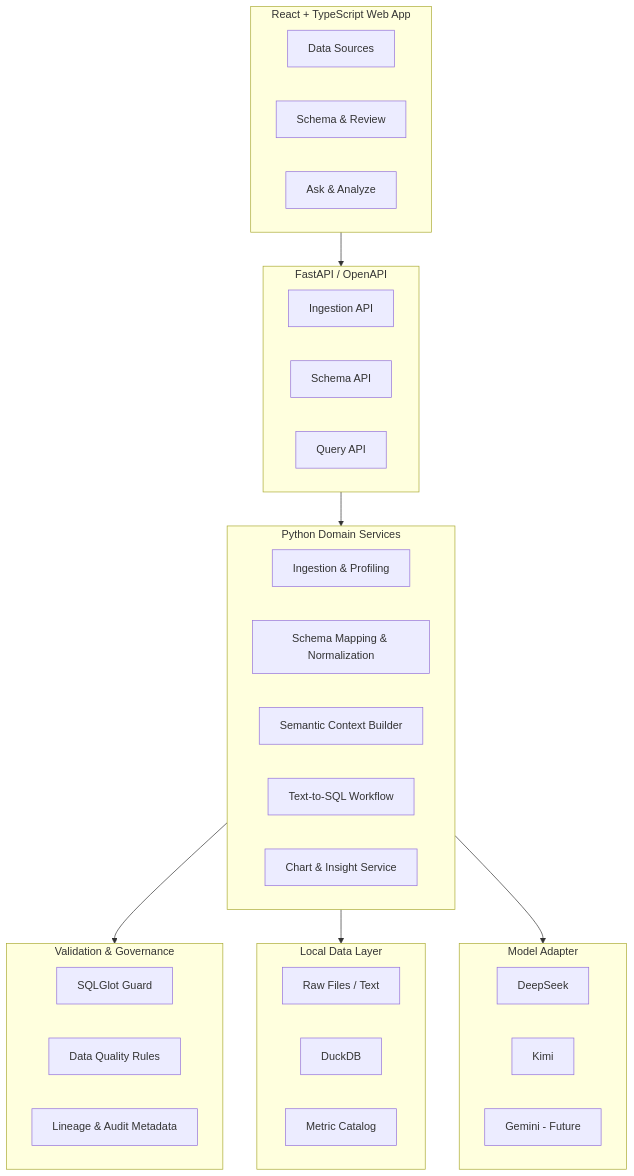
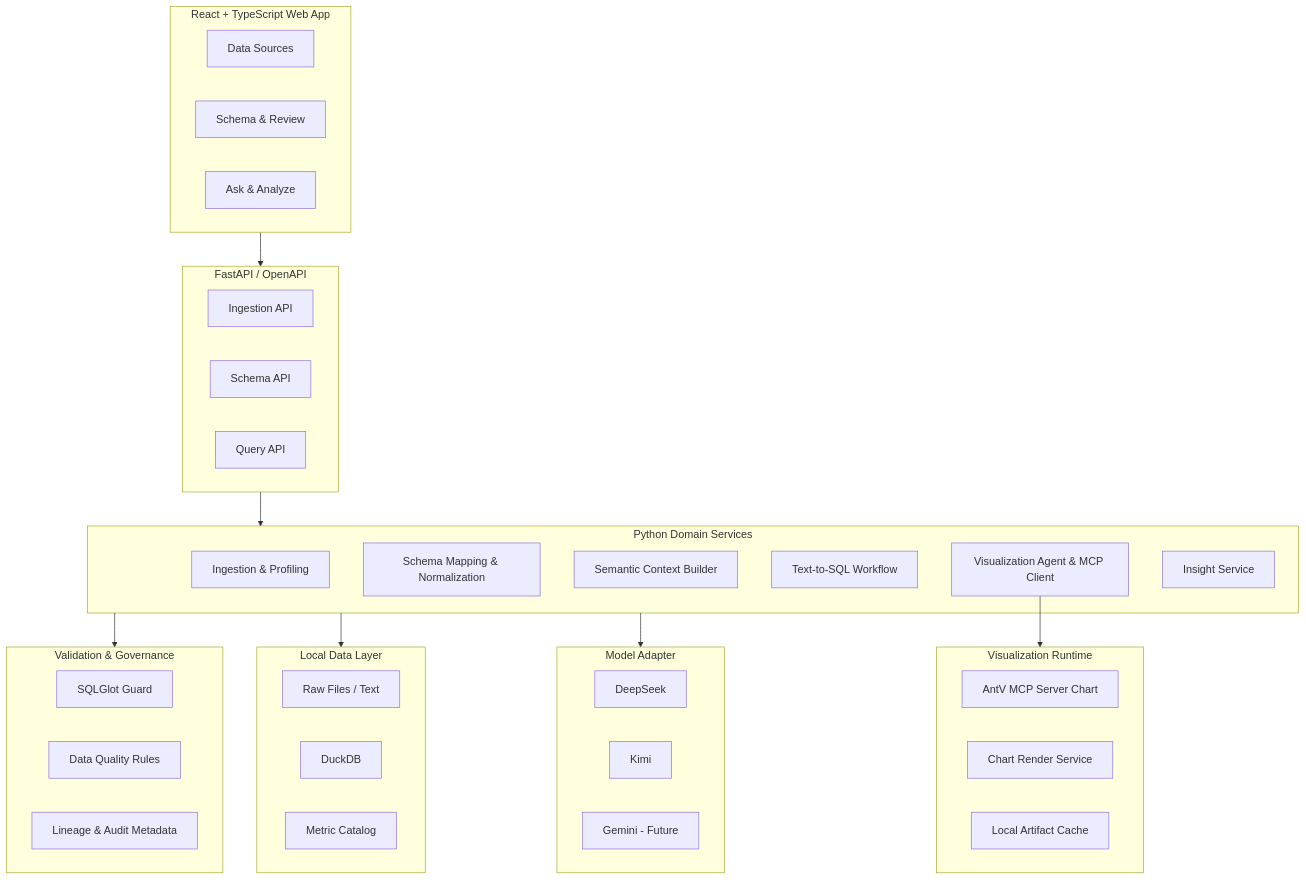
The third of 3 diagrams in docs/Mini Hackathon.md (Ivan97/lab-insight-workspace), drawn with Mermaid before and after one commit. The commit also changed other lines of this file, not shown here.

Commit message:
docs: adopt agent-driven AntV MCP charts

````diff
--- a/docs/Mini Hackathon.md
+++ b/docs/Mini Hackathon.md
@@ -618,46 +618,54 @@
 ```mermaid
 flowchart TB
     subgraph UI[React + TypeScript Web App]
         U1[Data Sources]
         U2[Schema & Review]
         U3[Ask & Analyze]
     end
 
     subgraph API[FastAPI / OpenAPI]
         P1[Ingestion API]
         P2[Schema API]
         P3[Query API]
     end
 
     subgraph APP[Python Domain Services]
         A1[Ingestion & Profiling]
         A2[Schema Mapping & Normalization]
         A3[Semantic Context Builder]
         A4[Text-to-SQL Workflow]
-        A5[Chart & Insight Service]
+        A5[Visualization Agent & MCP Client]
+        A6[Insight Service]
     end
 
     subgraph SAFETY[Validation & Governance]
         S1[SQLGlot Guard]
         S2[Data Quality Rules]
         S3[Lineage & Audit Metadata]
     end
 
     subgraph DATA[Local Data Layer]
         D1[Raw Files / Text]
         D2[DuckDB]
         D3[Metric Catalog]
     end
 
     subgraph MODEL[Model Adapter]
         M1[DeepSeek]
         M2[Kimi]
         M3[Gemini - Future]
     end
 
+    subgraph VIS[Visualization Runtime]
+        V1[AntV MCP Server Chart]
+        V2[Chart Render Service]
+        V3[Local Artifact Cache]
+    end
+
     UI --> API
     API --> APP
     APP --> SAFETY
     APP --> DATA
     APP --> MODEL
+    A5 --> VIS
 ```
````
